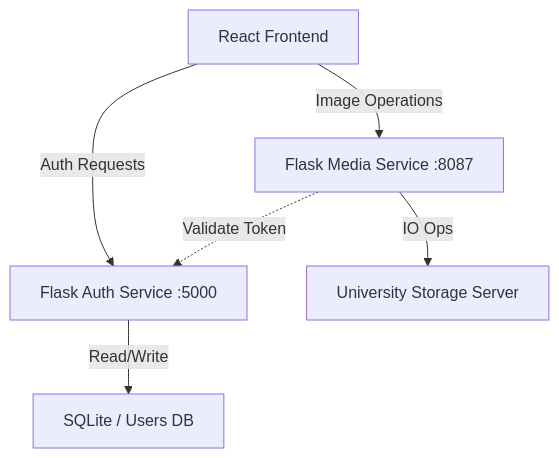
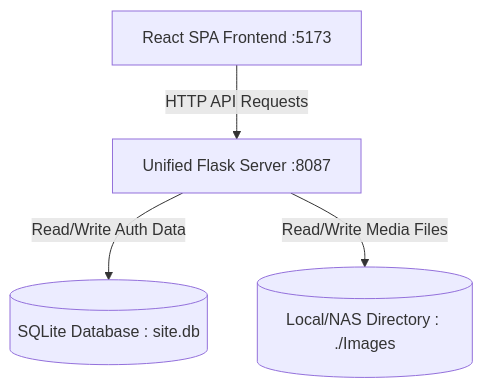
One commit to dharani20dharan/Capturesque_Final changed the diagram in README.md. Above: the diagram before and after it, drawn with Mermaid. The commit also changed other lines of this file and 24 other files, not shown here.

Commit message:
feat: consolidate backend server, fix ESLint violations, and update documentation

````diff
--- a/README.md
+++ b/README.md
@@ -42,8 +17,6 @@
 ```mermaid
 graph TD
-    Client[React Frontend] -->|Auth Requests| AuthServer[Flask Auth Service :5000]
-    Client -->|Image Operations| GalleryServer[Flask Media Service :8087]
-    AuthServer -->|Read/Write| SQL[SQLite / Users DB]
-    GalleryServer -->|IO Ops| CampusServer[University Storage Server]
-    GalleryServer -.->|Validate Token| AuthServer
+    Client[React SPA Frontend :5173] -->|HTTP API Requests| Backend[Unified Flask Server :8087]
+    Backend -->|Read/Write Auth Data| DB[(SQLite Database : site.db)]
+    Backend -->|Read/Write Media Files| Storage[(Local/NAS Directory : ./Images)]
 ```
````
